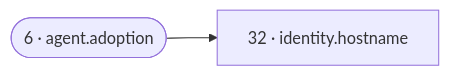
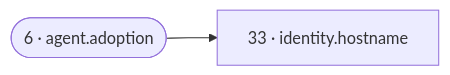
One commit to SixFive7/FrameLink changed the seventh of 21 diagrams in reference/reconcile-dag.md. Above: the diagram before and after it, drawn with Mermaid. The commit also changed other lines of this file and 5 other files, not shown here.

````diff
--- a/reference/reconcile-dag.md
+++ b/reference/reconcile-dag.md
@@ -284,6 +286,6 @@
 ```mermaid
 flowchart LR
-  r32["32 · identity.hostname"]
+  r33["33 · identity.hostname"]
   r6(["6 · agent.adoption"])
-  r6 --> r32
+  r6 --> r33
 ```
````
